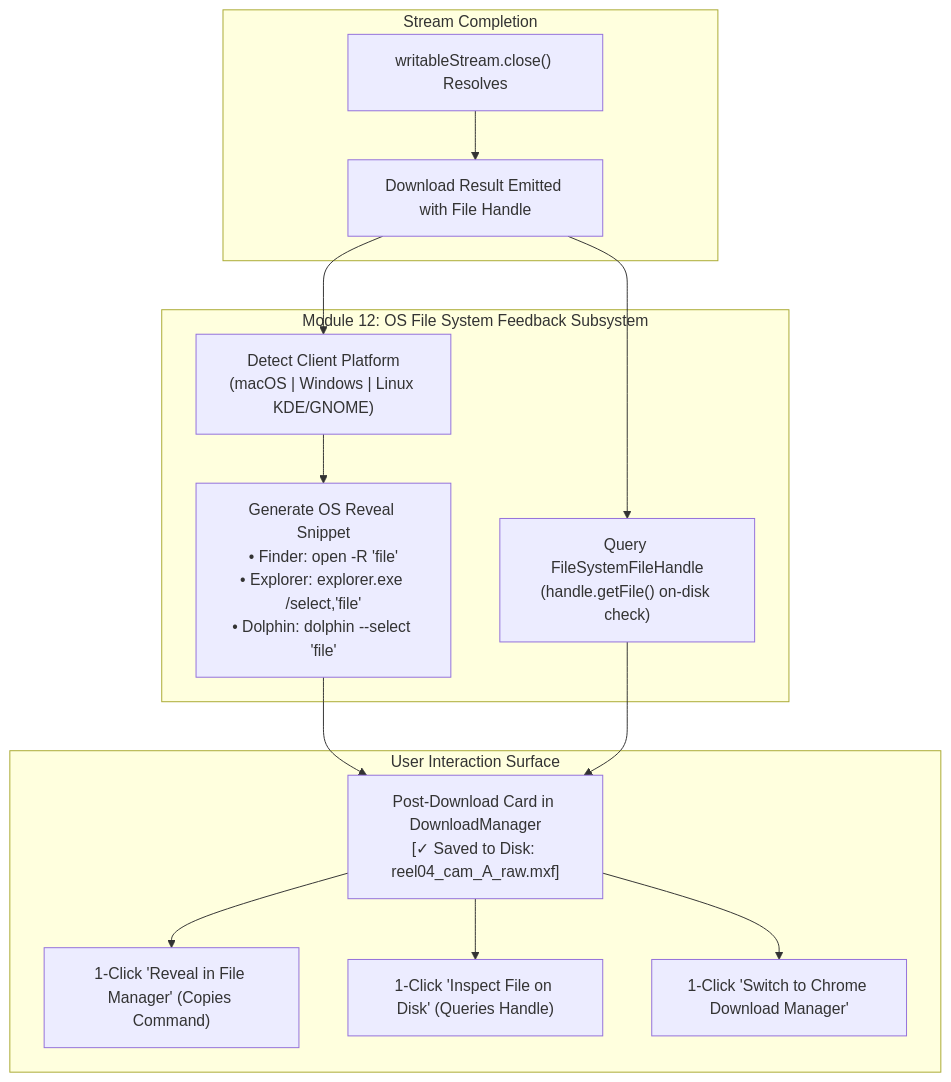
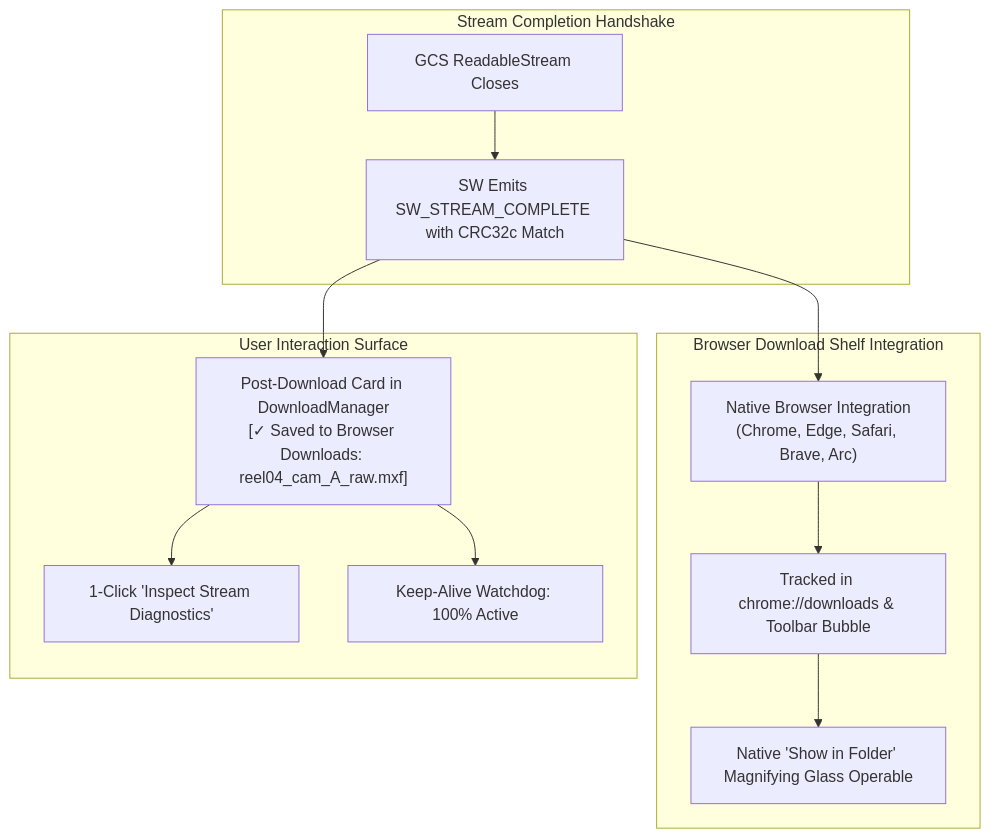
The sixth of 6 diagrams in docs/requirements/user_stories_specification.md (NovaLogicDev/FilesOfBaSingSe), drawn with Mermaid before and after one commit. The commit also changed other lines of this file and 9 other files, not shown here.

Commit message:
docs: converge on resilient service worker streaming architecture and native browser download integration

````diff
--- a/docs/requirements/user_stories_specification.md
+++ b/docs/requirements/user_stories_specification.md
@@ -826,28 +836,25 @@
 ```mermaid
 flowchart TD
-    subgraph StreamCompletion ["Stream Completion"]
-        Complete["writableStream.close() Resolves"] --> EmitsResult["Download Result Emitted with File Handle"]
+    subgraph StreamCompletion ["Stream Completion Handshake"]
+        Complete["GCS ReadableStream Closes"] --> EmitsResult["SW Emits SW_STREAM_COMPLETE with CRC32c Match"]
     end
 
-    subgraph OSFeedbackEngine ["Module 12: OS File System Feedback Subsystem"]
-        Detect["Detect Client Platform\n(macOS | Windows | Linux KDE/GNOME)"]
-        Synthesize["Generate OS Reveal Snippet\n• Finder: open -R 'file'\n• Explorer: explorer.exe /select,'file'\n• Dolphin: dolphin --select 'file'"]
-        VerifyHandle["Query FileSystemFileHandle\n(handle.getFile() on-disk check)"]
+    subgraph NativeBrowserManager ["Browser Download Shelf Integration"]
+        Detect["Native Browser Integration\n(Chrome, Edge, Safari, Brave, Arc)"]
+        ShelfEntry["Tracked in chrome://downloads & Toolbar Bubble"]
+        NativeShowFolder["Native 'Show in Folder' Magnifying Glass Operable"]
     end
 
     subgraph UIUXExperience ["User Interaction Surface"]
-        SuccessCard["Post-Download Card in DownloadManager\n[✓ Saved to Disk: reel04_cam_A_raw.mxf]"]
-        CopyAction["1-Click 'Reveal in File Manager' (Copies Command)"]
-        InspectAction["1-Click 'Inspect File on Disk' (Queries Handle)"]
-        StrategyToggle["1-Click 'Switch to Chrome Download Manager'"]
+        SuccessCard["Post-Download Card in DownloadManager\n[✓ Saved to Browser Downloads: reel04_cam_A_raw.mxf]"]
+        InspectAction["1-Click 'Inspect Stream Diagnostics'"]
+        KeepAliveStatus["Keep-Alive Watchdog: 100% Active"]
     end
 
     EmitsResult --> Detect
-    EmitsResult --> VerifyHandle
-    Detect --> Synthesize
-    Synthesize --> SuccessCard
-    VerifyHandle --> SuccessCard
-    SuccessCard --> CopyAction
+    Detect --> ShelfEntry
+    ShelfEntry --> NativeShowFolder
+    EmitsResult --> SuccessCard
     SuccessCard --> InspectAction
-    SuccessCard --> StrategyToggle
+    SuccessCard --> KeepAliveStatus
 ```
````
